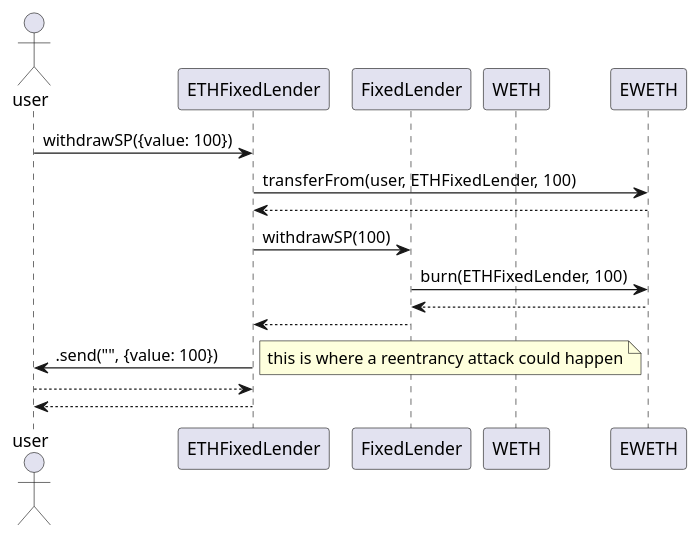
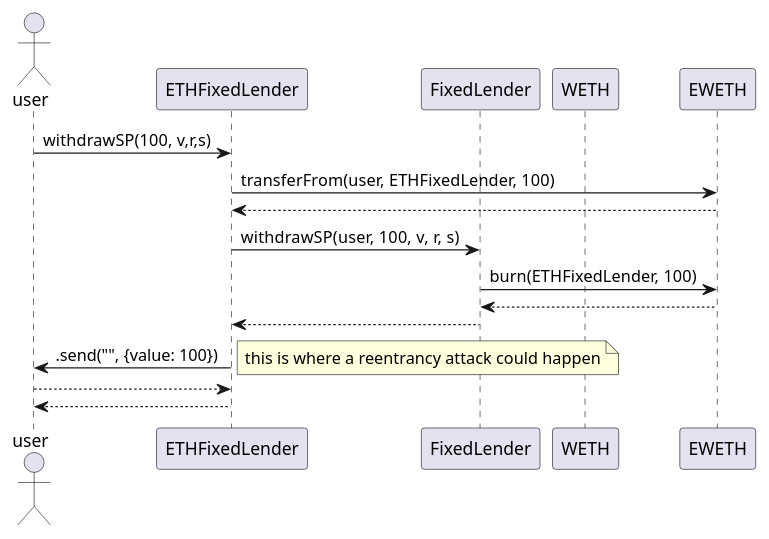
Before and after one commit to exactly/protocol: the fourth of 4 diagrams in docs/ad-hoc-research.rst, drawn with PlantUML. The commit also changed other lines of this file, not shown here.

First line of the commit message:
documented withdraw/deposits from 3rd parties

```diff
--- a/docs/ad-hoc-research.rst
+++ b/docs/ad-hoc-research.rst
@@ -283,20 +281,20 @@
 .. uml::
     :caption: withdrawSP
 
     actor user
     participant ETHFixedLender
     participant FixedLender
     participant WETH
     participant EWETH
 
-    user -> ETHFixedLender: withdrawSP({value: 100})
+    user -> ETHFixedLender: withdrawSP(100, v,r,s)
     ETHFixedLender -> EWETH: transferFrom(user, ETHFixedLender, 100)
     ETHFixedLender <-- EWETH:
-    ETHFixedLender -> FixedLender: withdrawSP(100)
+    ETHFixedLender -> FixedLender: withdrawSP(user, 100, v, r, s)
     FixedLender -> EWETH: burn(ETHFixedLender, 100)
     FixedLender <-- EWETH
     ETHFixedLender <-- FixedLender
     ETHFixedLender -> user: .send("", {value: 100})
     note right: this is where a reentrancy attack could happen
     ETHFixedLender <-- user
     user <--ETHFixedLender
```
